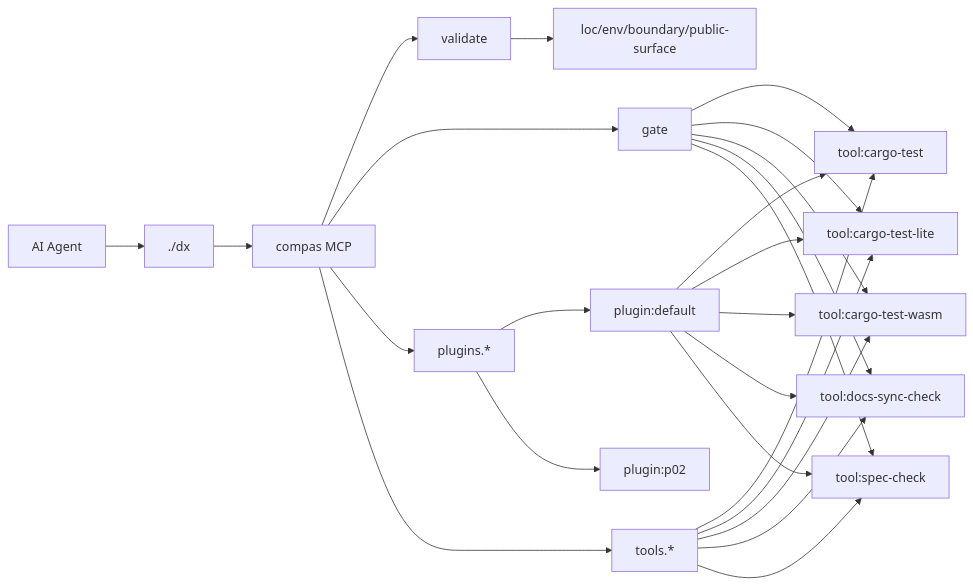
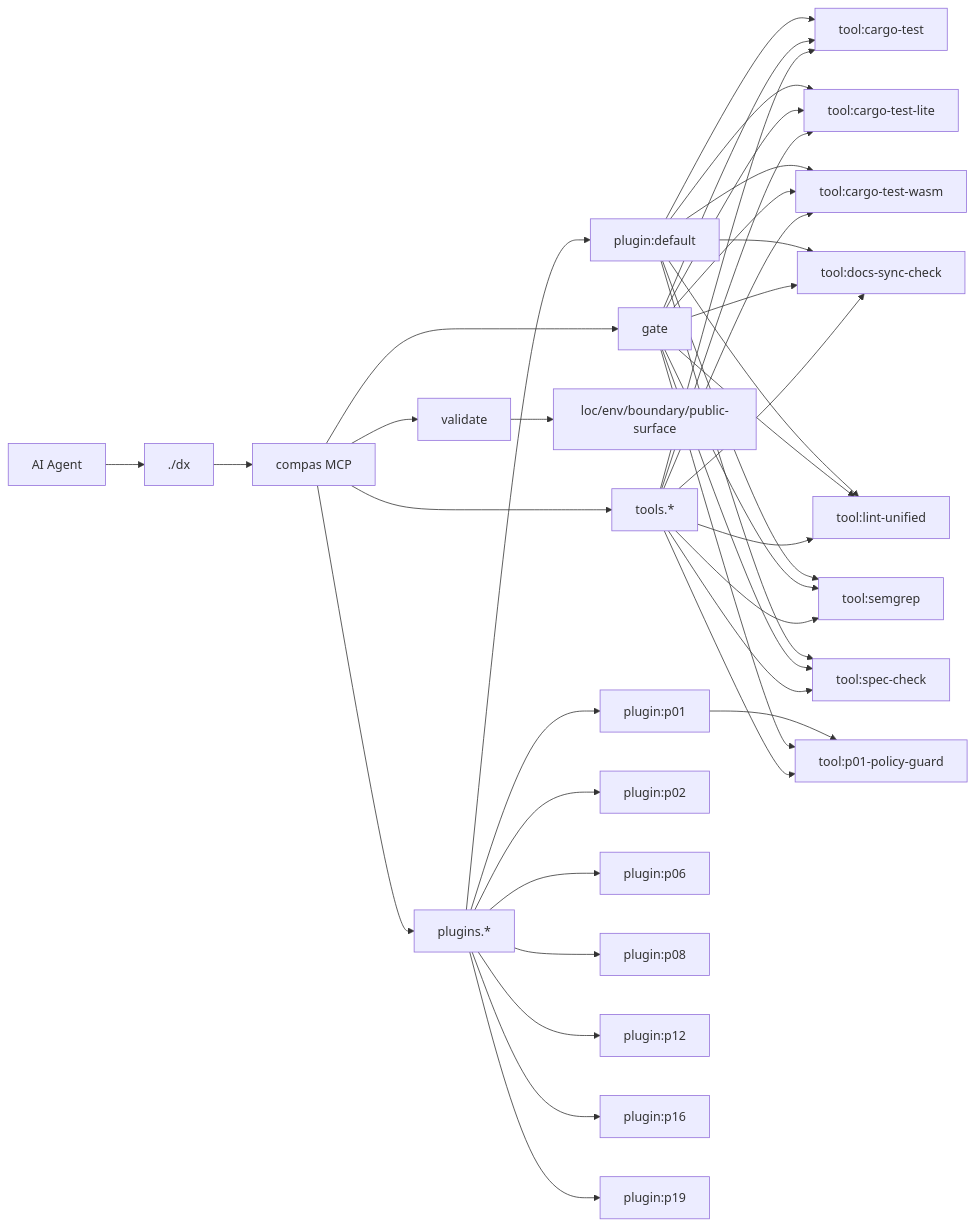
The diagram in AGENTS.md (AmirTlinov/compas), drawn with Mermaid before and after one commit. The commit also changed other lines of this file and 1 other file, not shown here.

Commit message:
chore: rebase feat/p02-e2e-run_20260221_183716 on main and sync docs

````diff
--- a/AGENTS.md
+++ b/AGENTS.md
@@ -52,27 +61,42 @@
 ```mermaid
 flowchart LR
   Agent[AI Agent] --> DX[./dx]
   DX --> MCP[compas MCP]
   MCP --> V[validate]
   MCP --> G[gate]
   MCP --> PL[plugins.*]
   MCP --> TL[tools.*]
   V --> C1[loc/env/boundary/public-surface]
   PL --> P_default["plugin:default"]
   P_default --> T_cargo_test["tool:cargo-test"]
   G --> T_cargo_test
   P_default --> T_cargo_test_lite["tool:cargo-test-lite"]
   G --> T_cargo_test_lite
   P_default --> T_cargo_test_wasm["tool:cargo-test-wasm"]
   G --> T_cargo_test_wasm
   P_default --> T_docs_sync_check["tool:docs-sync-check"]
   G --> T_docs_sync_check
+  P_default --> T_lint_unified["tool:lint-unified"]
+  G --> T_lint_unified
+  P_default --> T_semgrep["tool:semgrep"]
+  G --> T_semgrep
   P_default --> T_spec_check["tool:spec-check"]
   G --> T_spec_check
+  PL --> P_p01["plugin:p01"]
+  P_p01 --> T_p01_policy_guard["tool:p01-policy-guard"]
+  G --> T_p01_policy_guard
   PL --> P_p02["plugin:p02"]
+  PL --> P_p06["plugin:p06"]
+  PL --> P_p08["plugin:p08"]
+  PL --> P_p12["plugin:p12"]
+  PL --> P_p16["plugin:p16"]
+  PL --> P_p19["plugin:p19"]
   TL --> T_cargo_test
   TL --> T_cargo_test_lite
   TL --> T_cargo_test_wasm
   TL --> T_docs_sync_check
+  TL --> T_lint_unified
+  TL --> T_p01_policy_guard
+  TL --> T_semgrep
   TL --> T_spec_check
 ```
````
